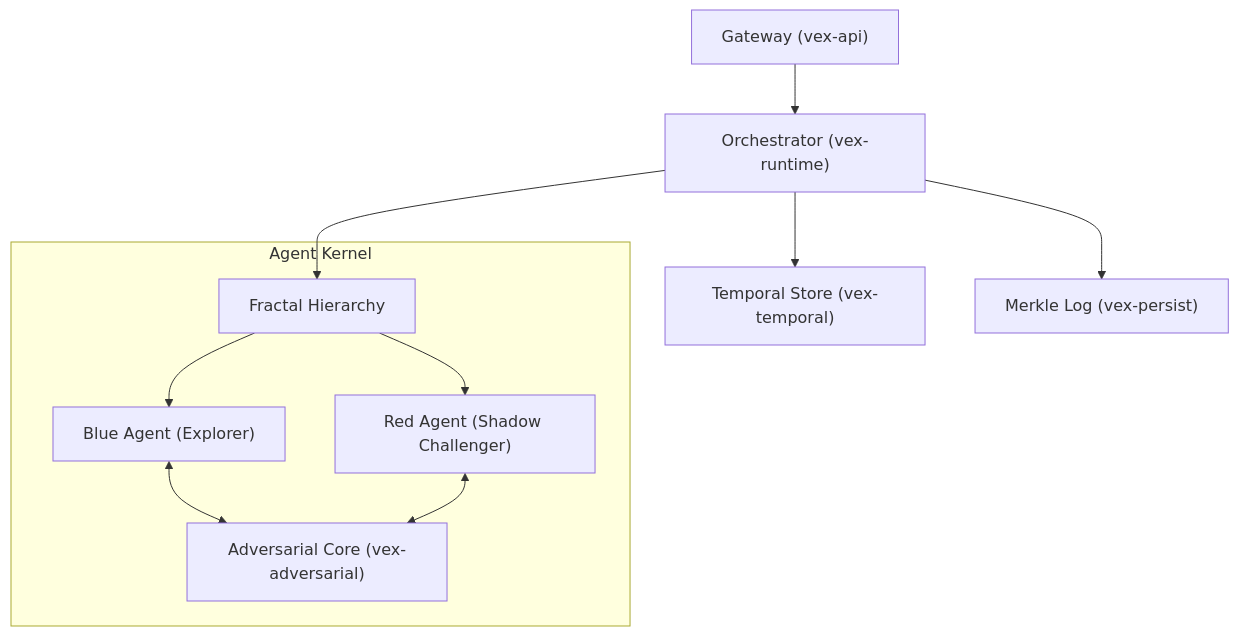
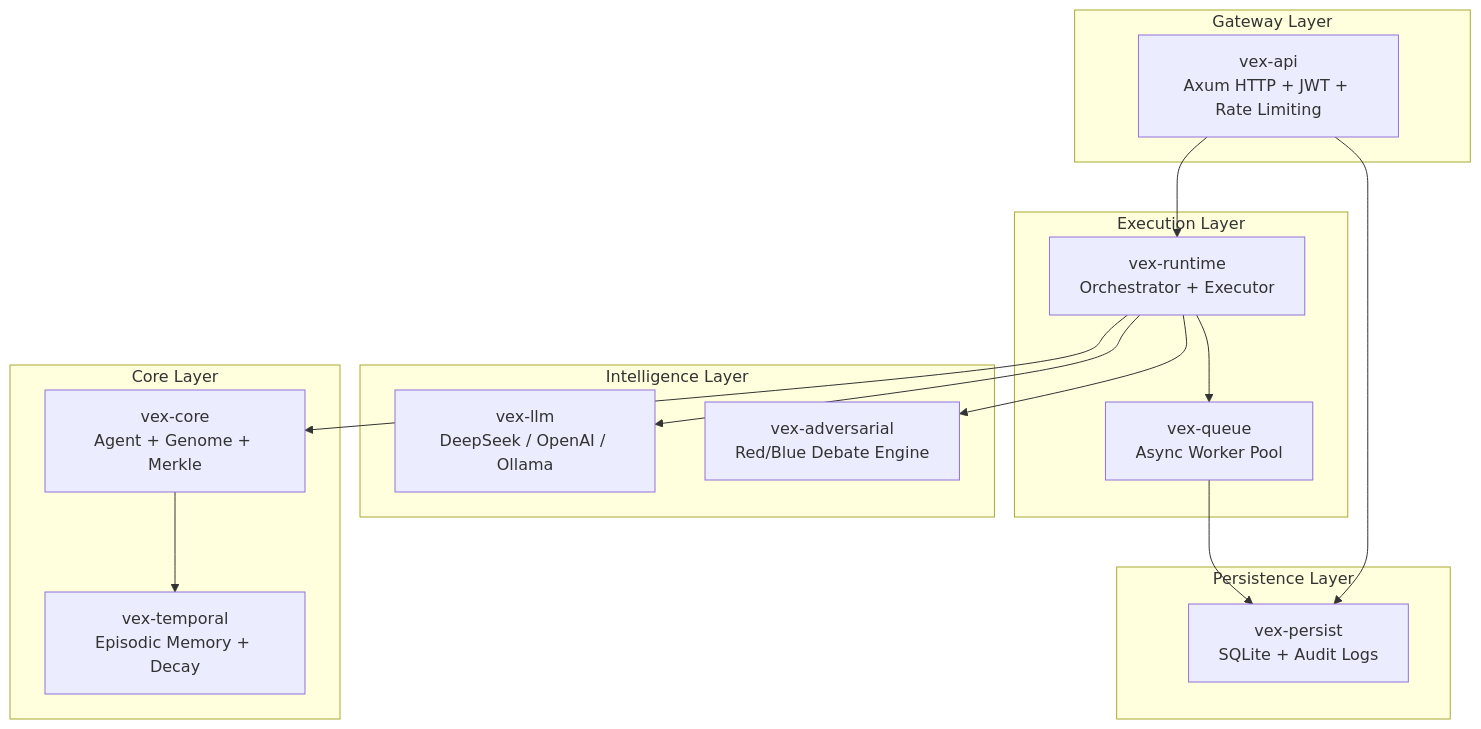
The diagram in README.md (provnai/vex), drawn with Mermaid before and after one commit. The commit also changed other lines of this file and 61 other files, not shown here.

````diff
--- a/README.md
+++ b/README.md
@@ -18,15 +27,34 @@
 ```mermaid
-graph TD
-    API["Gateway (vex-api)"] --> Runtime["Orchestrator (vex-runtime)"]
-    Runtime --> Hierarchy["Fractal Hierarchy"]
-    
-    subgraph "Agent Kernel"
-        Hierarchy --> Blue["Blue Agent (Explorer)"]
-        Hierarchy --> Red["Red Agent (Shadow Challenger)"]
-        Blue <--> Debate["Adversarial Core (vex-adversarial)"]
-        Red <--> Debate
+graph TB
+    subgraph "Gateway Layer"
+        API["vex-api<br/>Axum HTTP + JWT + Rate Limiting"]
     end
     
-    Runtime --> Memory["Temporal Store (vex-temporal)"]
-    Runtime --> Ledger["Merkle Log (vex-persist)"]
+    subgraph "Intelligence Layer"
+        LLM["vex-llm<br/>DeepSeek / OpenAI / Ollama"]
+        ADV["vex-adversarial<br/>Red/Blue Debate Engine"]
+    end
+    
+    subgraph "Execution Layer"
+        RT["vex-runtime<br/>Orchestrator + Executor"]
+        Q["vex-queue<br/>Async Worker Pool"]
+    end
+    
+    subgraph "Core Layer"
+        CORE["vex-core<br/>Agent + Genome + Merkle"]
+        TEMP["vex-temporal<br/>Episodic Memory + Decay"]
+    end
+    
+    subgraph "Persistence Layer"
+        DB["vex-persist<br/>SQLite + Audit Logs"]
+    end
+    
+    API --> RT
+    RT --> LLM
+    RT --> ADV
+    RT --> CORE
+    RT --> Q
+    CORE --> TEMP
+    Q --> DB
+    API --> DB
 ```
````
